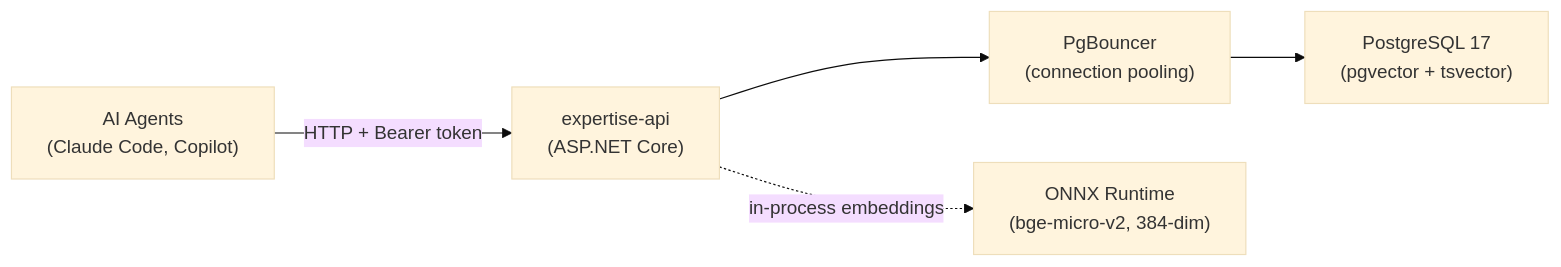
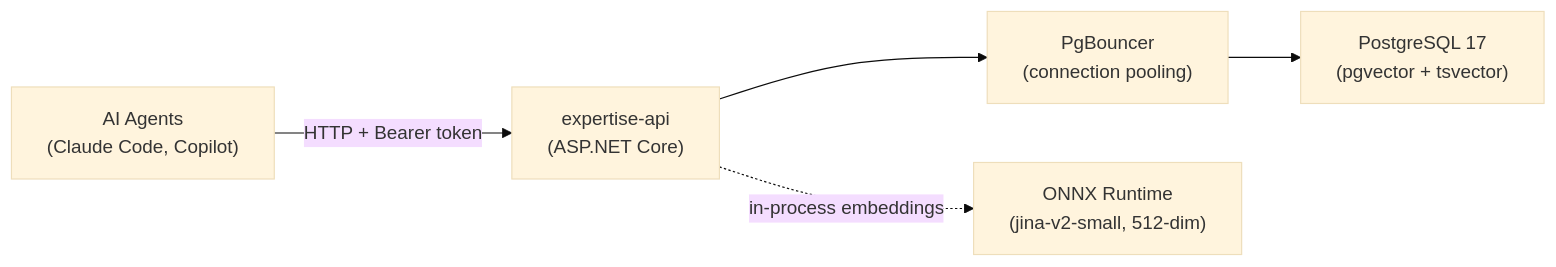
The diagram in README.md (psmfd/agent-expertise-api), drawn with Mermaid (base theme) before and after one commit. The commit also changed other lines of this file and 32 other files, not shown here.

First line of the commit message:
feat(embeddings): swap to jina-embeddings-v2-small-en with 6144-token ceiling (#461)

````diff
--- a/README.md
+++ b/README.md
@@ -10,12 +10,12 @@
 ```mermaid
 flowchart LR
     agents["AI Agents\n(Claude Code, Copilot)"]
     api["expertise-api\n(ASP.NET Core)"]
     pgbouncer["PgBouncer\n(connection pooling)"]
     postgres["PostgreSQL 17\n(pgvector + tsvector)"]
-    onnx["ONNX Runtime\n(bge-micro-v2, 384-dim)"]
+    onnx["ONNX Runtime\n(jina-v2-small, 512-dim)"]
 
     agents -->|"HTTP + Bearer token"| api
     api --> pgbouncer --> postgres
     api -.->|"in-process embeddings"| onnx
 ```
````
